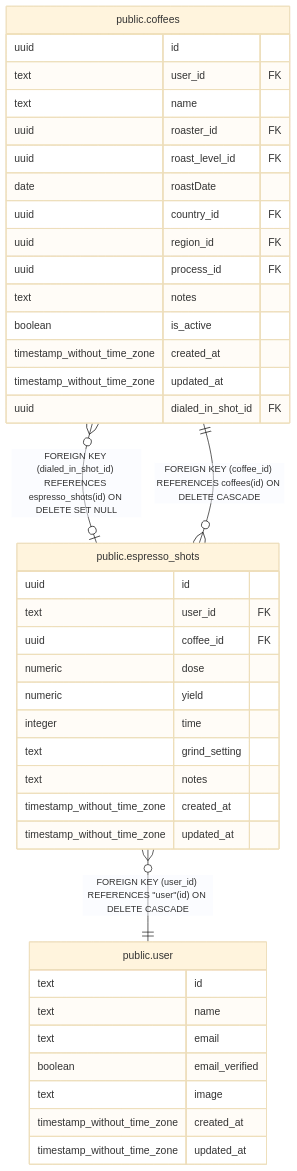
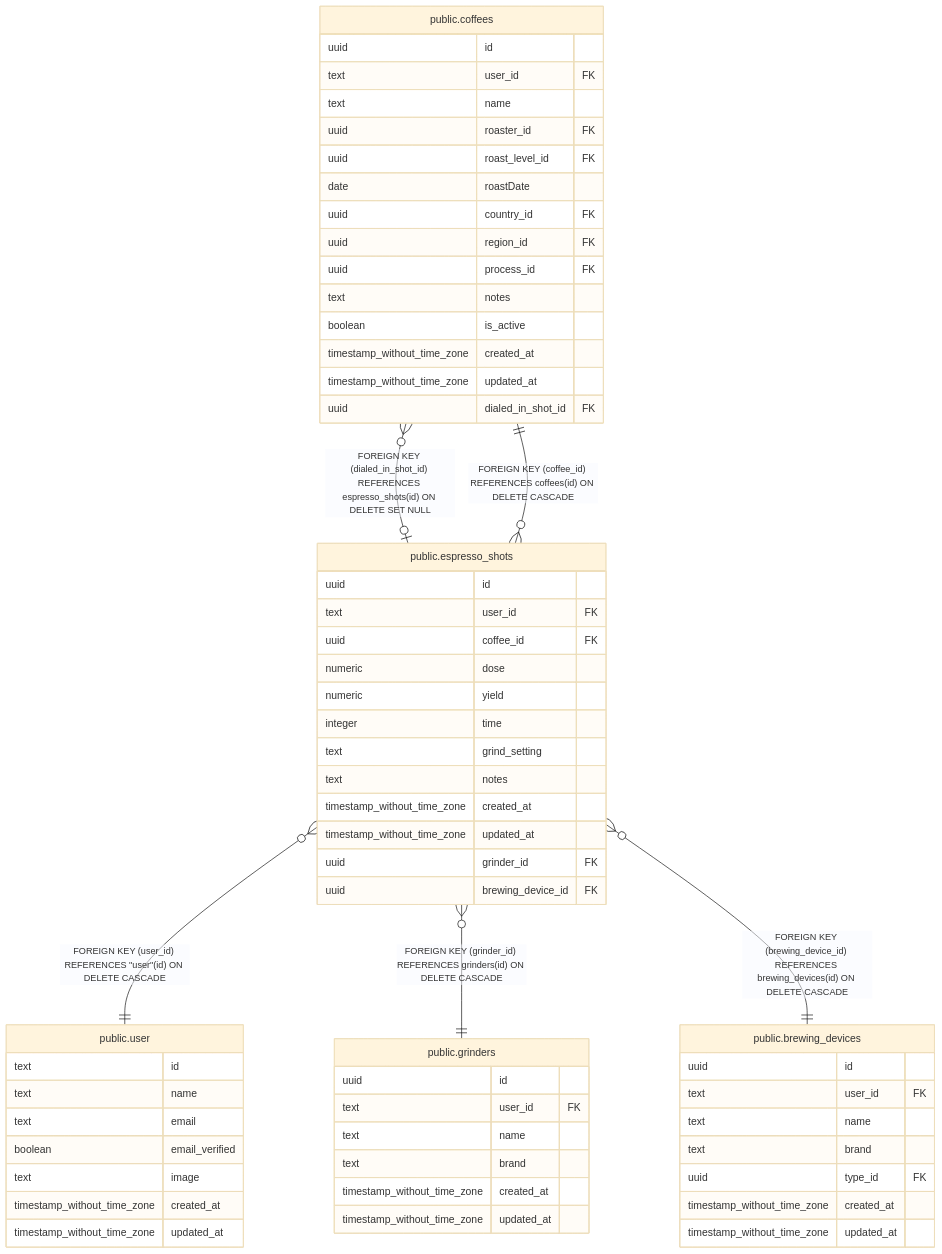
One commit to bmanquen/coffee-companion changed the diagram in packages/api/docs/schema/public.espresso_shots.md. Above: the diagram before and after it, drawn with Mermaid (base theme). The commit also changed other lines of this file and 22 other files, not shown here.

First line of the commit message:
feat(equipment): track brewing device/machine per espresso shot

````diff
--- a/packages/api/docs/schema/public.espresso_shots.md
+++ b/packages/api/docs/schema/public.espresso_shots.md
@@ -36,45 +40,66 @@
 ```mermaid
 erDiagram
 
 "public.coffees" }o--o| "public.espresso_shots" : "FOREIGN KEY (dialed_in_shot_id) REFERENCES espresso_shots(id) ON DELETE SET NULL"
 "public.espresso_shots" }o--|| "public.user" : "FOREIGN KEY (user_id) REFERENCES #quot;user#quot;(id) ON DELETE CASCADE"
 "public.espresso_shots" }o--|| "public.coffees" : "FOREIGN KEY (coffee_id) REFERENCES coffees(id) ON DELETE CASCADE"
+"public.espresso_shots" }o--|| "public.grinders" : "FOREIGN KEY (grinder_id) REFERENCES grinders(id) ON DELETE CASCADE"
+"public.espresso_shots" }o--|| "public.brewing_devices" : "FOREIGN KEY (brewing_device_id) REFERENCES brewing_devices(id) ON DELETE CASCADE"
 
 "public.espresso_shots" {
   uuid id
   text user_id FK
   uuid coffee_id FK
   numeric dose
   numeric yield
   integer time
   text grind_setting
   text notes
   timestamp_without_time_zone created_at
   timestamp_without_time_zone updated_at
+  uuid grinder_id FK
+  uuid brewing_device_id FK
 }
 "public.coffees" {
   uuid id
   text user_id FK
   text name
   uuid roaster_id FK
   uuid roast_level_id FK
   date roastDate
   uuid country_id FK
   uuid region_id FK
   uuid process_id FK
   text notes
   boolean is_active
   timestamp_without_time_zone created_at
   timestamp_without_time_zone updated_at
   uuid dialed_in_shot_id FK
 }
 "public.user" {
   text id
   text name
   text email
   boolean email_verified
   text image
   timestamp_without_time_zone created_at
   timestamp_without_time_zone updated_at
 }
+"public.grinders" {
+  uuid id
+  text user_id FK
+  text name
+  text brand
+  timestamp_without_time_zone created_at
+  timestamp_without_time_zone updated_at
+}
+"public.brewing_devices" {
+  uuid id
+  text user_id FK
+  text name
+  text brand
+  uuid type_id FK
+  timestamp_without_time_zone created_at
+  timestamp_without_time_zone updated_at
+}
 ```
````
